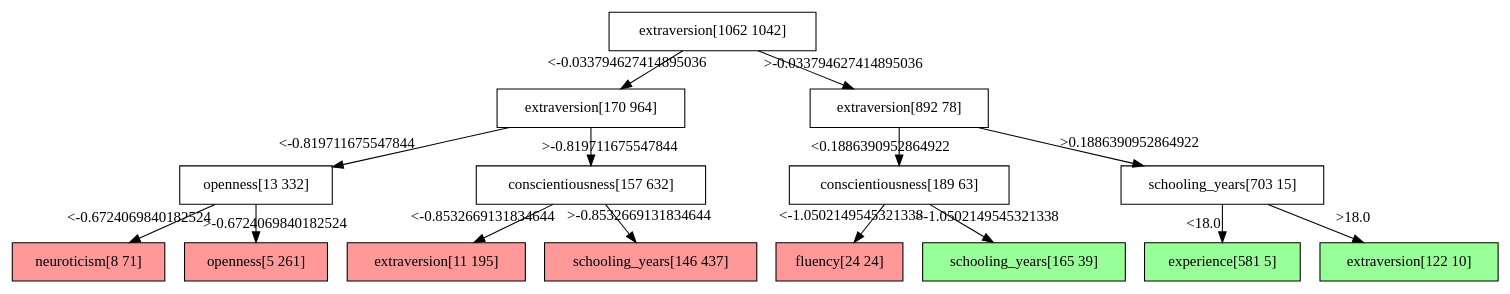
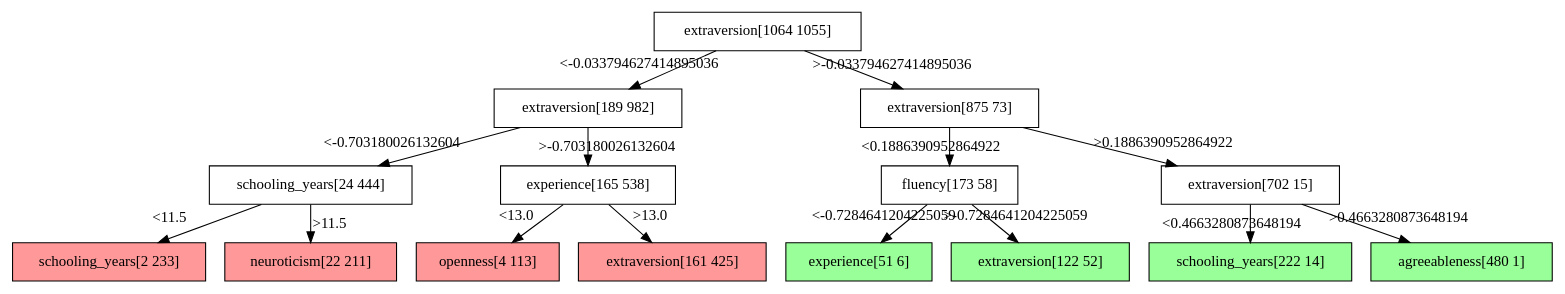
Before and after one commit to Poojabl26/Programming-Project: the diagram in skills_and_wages/bld/out/analysis/decision_tree.dot, drawn with Graphviz. The commit also changed 17 other files, not shown here.

```diff
--- a/skills_and_wages/bld/out/analysis/decision_tree.dot
+++ b/skills_and_wages/bld/out/analysis/decision_tree.dot
@@ -1,32 +1,32 @@
 digraph Tree {
 node [shape=box, style="filled", color="black"] ;
-0 [ label="extraversion[1062 1042]" , fillcolor="#ffffff"] ;
-1 [ label="extraversion[170 964]" , fillcolor="#ffffff"] ;
+0 [ label="extraversion[1064 1055]" , fillcolor="#ffffff"] ;
+1 [ label="extraversion[189 982]" , fillcolor="#ffffff"] ;
 0->1 [labeldistance=2.5, labelangle=45, headlabel="<-0.033794627414895036"] ;
-3 [ label="openness[13 332]" , fillcolor="#ffffff"] ;
-1->3 [labeldistance=2.5, labelangle=45, headlabel="<-0.819711675547844"] ;
-5 [ label="neuroticism[8 71]" , fillcolor="#ff9999"] ;
-3->5 [labeldistance=2.5, labelangle=45, headlabel="<-0.6724069840182524"] ;
-6 [ label="openness[5 261]" , fillcolor="#ff9999"] ;
-3->6 [labeldistance=2.5, labelangle=-45, headlabel=">-0.6724069840182524"] ;
-4 [ label="conscientiousness[157 632]" , fillcolor="#ffffff"] ;
-1->4 [labeldistance=2.5, labelangle=-45, headlabel=">-0.819711675547844"] ;
-7 [ label="extraversion[11 195]" , fillcolor="#ff9999"] ;
-4->7 [labeldistance=2.5, labelangle=45, headlabel="<-0.8532669131834644"] ;
-8 [ label="schooling_years[146 437]" , fillcolor="#ff9999"] ;
-4->8 [labeldistance=2.5, labelangle=-45, headlabel=">-0.8532669131834644"] ;
-2 [ label="extraversion[892 78]" , fillcolor="#ffffff"] ;
+3 [ label="schooling_years[24 444]" , fillcolor="#ffffff"] ;
+1->3 [labeldistance=2.5, labelangle=45, headlabel="<-0.703180026132604"] ;
+5 [ label="schooling_years[2 233]" , fillcolor="#ff9999"] ;
+3->5 [labeldistance=2.5, labelangle=45, headlabel="<11.5"] ;
+6 [ label="neuroticism[22 211]" , fillcolor="#ff9999"] ;
+3->6 [labeldistance=2.5, labelangle=-45, headlabel=">11.5"] ;
+4 [ label="experience[165 538]" , fillcolor="#ffffff"] ;
+1->4 [labeldistance=2.5, labelangle=-45, headlabel=">-0.703180026132604"] ;
+7 [ label="openness[4 113]" , fillcolor="#ff9999"] ;
+4->7 [labeldistance=2.5, labelangle=45, headlabel="<13.0"] ;
+8 [ label="extraversion[161 425]" , fillcolor="#ff9999"] ;
+4->8 [labeldistance=2.5, labelangle=-45, headlabel=">13.0"] ;
+2 [ label="extraversion[875 73]" , fillcolor="#ffffff"] ;
 0->2 [labeldistance=2.5, labelangle=-45, headlabel=">-0.033794627414895036"] ;
-9 [ label="conscientiousness[189 63]" , fillcolor="#ffffff"] ;
+9 [ label="fluency[173 58]" , fillcolor="#ffffff"] ;
 2->9 [labeldistance=2.5, labelangle=45, headlabel="<0.1886390952864922"] ;
-11 [ label="fluency[24 24]" , fillcolor="#ff9999"] ;
-9->11 [labeldistance=2.5, labelangle=45, headlabel="<-1.0502149545321338"] ;
-12 [ label="schooling_years[165 39]" , fillcolor="#99ff99"] ;
-9->12 [labeldistance=2.5, labelangle=-45, headlabel=">-1.0502149545321338"] ;
-10 [ label="schooling_years[703 15]" , fillcolor="#ffffff"] ;
+11 [ label="experience[51 6]" , fillcolor="#99ff99"] ;
+9->11 [labeldistance=2.5, labelangle=45, headlabel="<-0.7284641204225059"] ;
+12 [ label="extraversion[122 52]" , fillcolor="#99ff99"] ;
+9->12 [labeldistance=2.5, labelangle=-45, headlabel=">-0.7284641204225059"] ;
+10 [ label="extraversion[702 15]" , fillcolor="#ffffff"] ;
 2->10 [labeldistance=2.5, labelangle=-45, headlabel=">0.1886390952864922"] ;
-13 [ label="experience[581 5]" , fillcolor="#99ff99"] ;
-10->13 [labeldistance=2.5, labelangle=45, headlabel="<18.0"] ;
-14 [ label="extraversion[122 10]" , fillcolor="#99ff99"] ;
-10->14 [labeldistance=2.5, labelangle=-45, headlabel=">18.0"] ;
+13 [ label="schooling_years[222 14]" , fillcolor="#99ff99"] ;
+10->13 [labeldistance=2.5, labelangle=45, headlabel="<0.4663280873648194"] ;
+14 [ label="agreeableness[480 1]" , fillcolor="#99ff99"] ;
+10->14 [labeldistance=2.5, labelangle=-45, headlabel=">0.4663280873648194"] ;
 }
```
